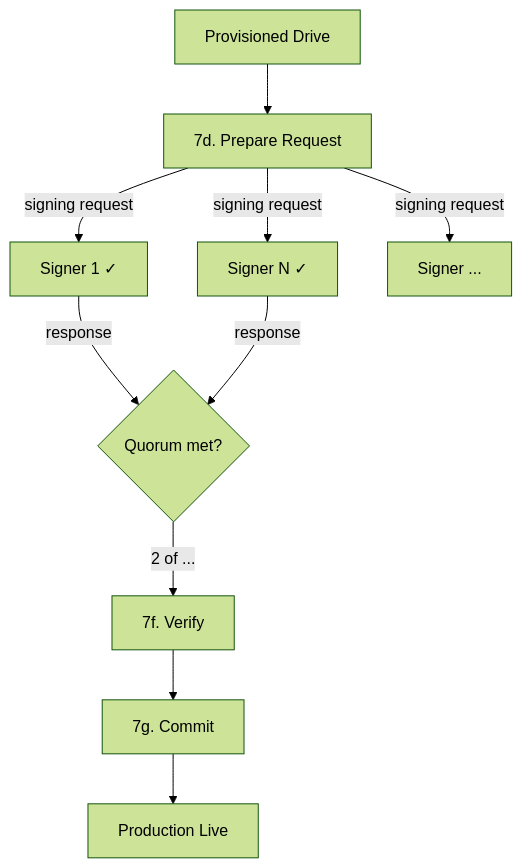
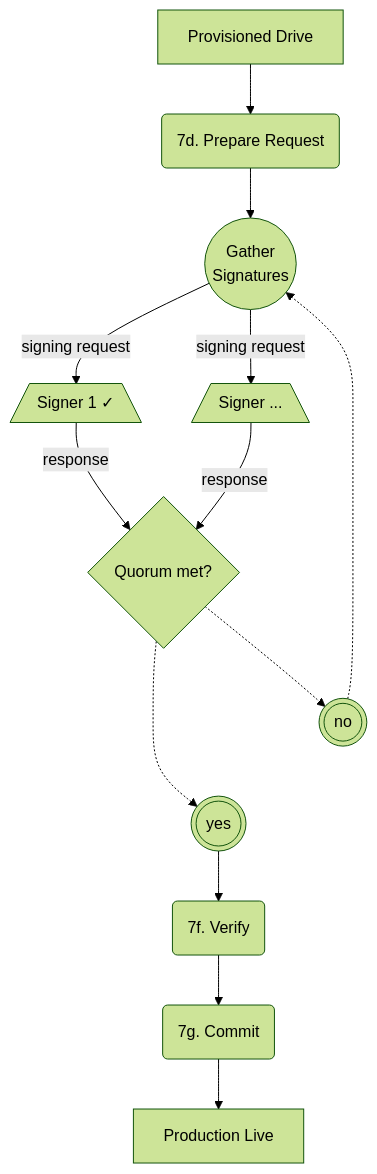
The eighth of 9 diagrams in README.md (AndreiRegiani/hello-pear-electron), drawn with Mermaid (forest theme) before and after one commit. The commit also changed other lines of this file, not shown here.

Commit message:
iterate diagrams (#36)

````diff
--- a/README.md
+++ b/README.md
@@ -757,12 +757,16 @@
 ```mermaid
 graph TD
-    Prov[Provisioned Drive] --> Req[7d. Prepare Request]
-    Req -->|signing request| S1[Signer 1 ✓]
-    Req -->|signing request| S2[Signer N ✓]
-    Req -->|signing request| S3[Signer ...]
+    Prov[Provisioned Drive] --> Req(7d. Prepare Request)
+    Req --> G((Gather<br>Signatures))
+    G -->|signing request| S1[/Signer 1 ✓\]
+    G -->|signing request| S2[/Signer ... \]
     S1 -->|response| Q{Quorum met?}
     S2 -->|response| Q
-    Q -->|2 of ...| Ver[7f. Verify]
-    Ver --> Com[7g. Commit]
+    Q .-> N(((no)))
+    Q .-> Y(((yes)))
+    Y --> Ver(7f. Verify)
+    N .-> G
+    Ver --> Com(7g. Commit)
     Com --> Live[Production Live]
+    N ~~~ Y
 ```
````
